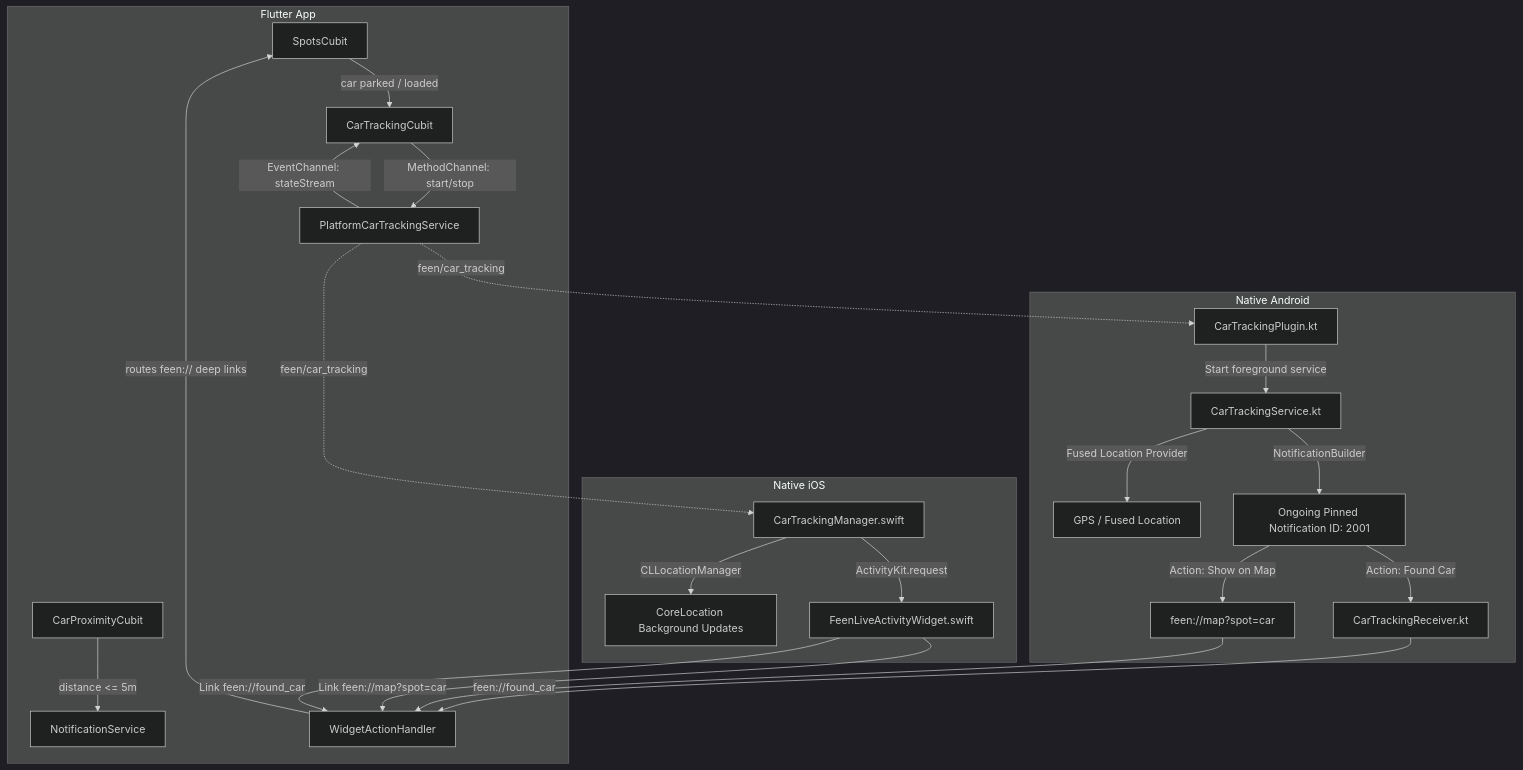
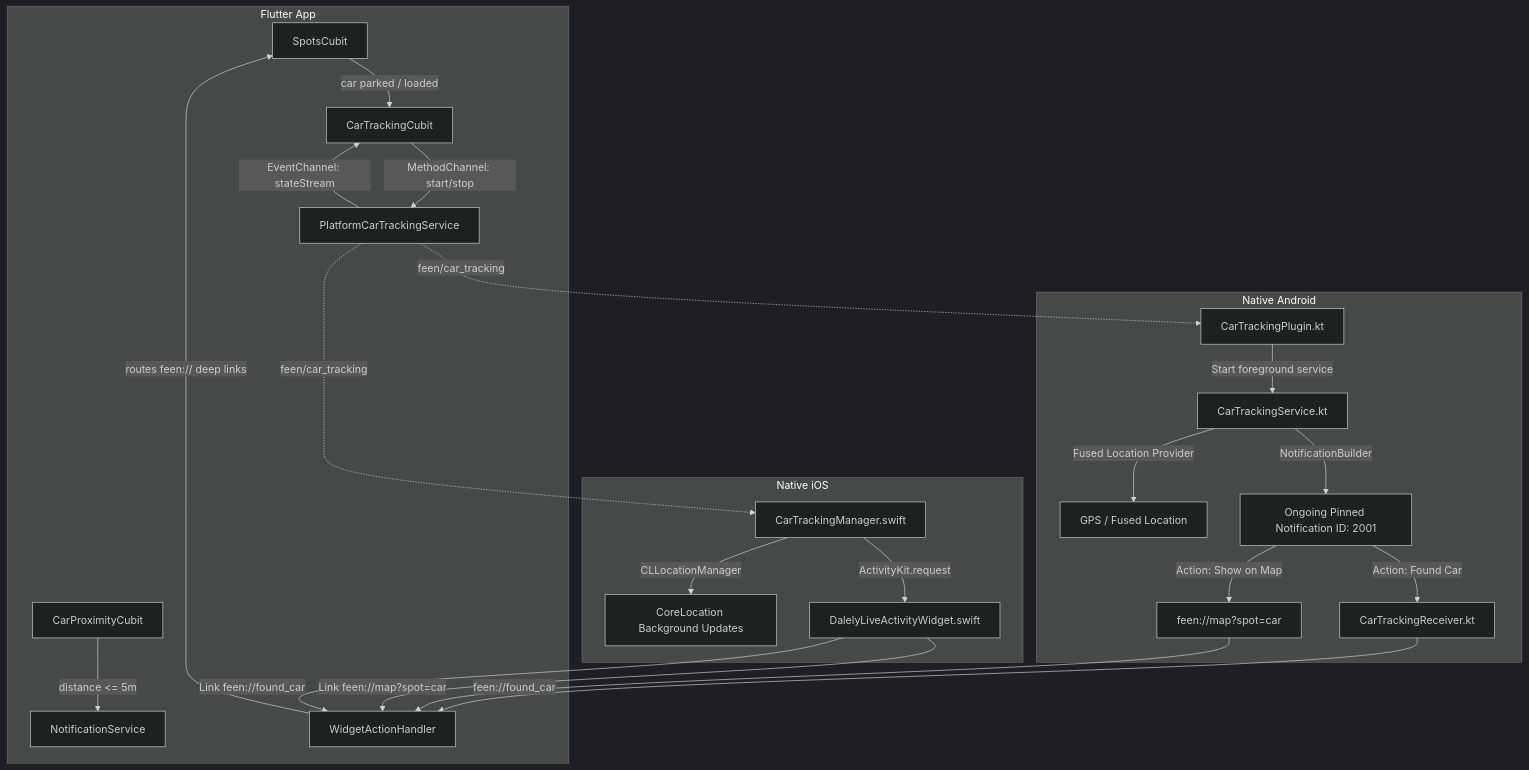
The first of 3 diagrams in NOTIFICATION_SERVICE.md (ams770/dalely), drawn with Mermaid (dark theme) before and after one commit. The commit also changed other lines of this file and 107 other files, not shown here.

Commit message:
refactor: rebrand application package name and assets from Feen to Dalely

````diff
--- a/NOTIFICATION_SERVICE.md
+++ b/NOTIFICATION_SERVICE.md
@@ -23,28 +23,28 @@
 ```mermaid
 graph TD
     subgraph Flutter App
         SpotsCubit[SpotsCubit] -->|car parked / loaded| CarTrackingCubit[CarTrackingCubit]
         CarProximityCubit[CarProximityCubit] -->|distance <= 5m| NotificationService[NotificationService]
         CarTrackingCubit -->|MethodChannel: start/stop| PlatformCarTrackingService[PlatformCarTrackingService]
         PlatformCarTrackingService -->|EventChannel: stateStream| CarTrackingCubit
         WidgetActionHandler[WidgetActionHandler] -->|routes feen:// deep links| SpotsCubit
     end
 
     subgraph Native Android
         PlatformCarTrackingService -.->|feen/car_tracking| CarTrackingPlugin[CarTrackingPlugin.kt]
         CarTrackingPlugin -->|Start foreground service| AndroidService[CarTrackingService.kt]
         AndroidService -->|Fused Location Provider| GPS_Android[GPS / Fused Location]
         AndroidService -->|NotificationBuilder| AndroidNotification[Ongoing Pinned Notification ID: 2001]
         AndroidNotification -->|Action: Found Car| CarTrackingReceiver[CarTrackingReceiver.kt]
         CarTrackingReceiver -->|feen://found_car| WidgetActionHandler
         AndroidNotification -->|Action: Show on Map| Intent_Map[feen://map?spot=car] --> WidgetActionHandler
     end
 
     subgraph Native iOS
         PlatformCarTrackingService -.->|feen/car_tracking| CarTrackingManager[CarTrackingManager.swift]
         CarTrackingManager -->|CLLocationManager| GPS_iOS[CoreLocation Background Updates]
-        CarTrackingManager -->|ActivityKit.request| LiveActivity[FeenLiveActivityWidget.swift]
+        CarTrackingManager -->|ActivityKit.request| LiveActivity[DalelyLiveActivityWidget.swift]
         LiveActivity -->|Link feen://map?spot=car| WidgetActionHandler
         LiveActivity -->|Link feen://found_car| WidgetActionHandler
     end
 ```
````
